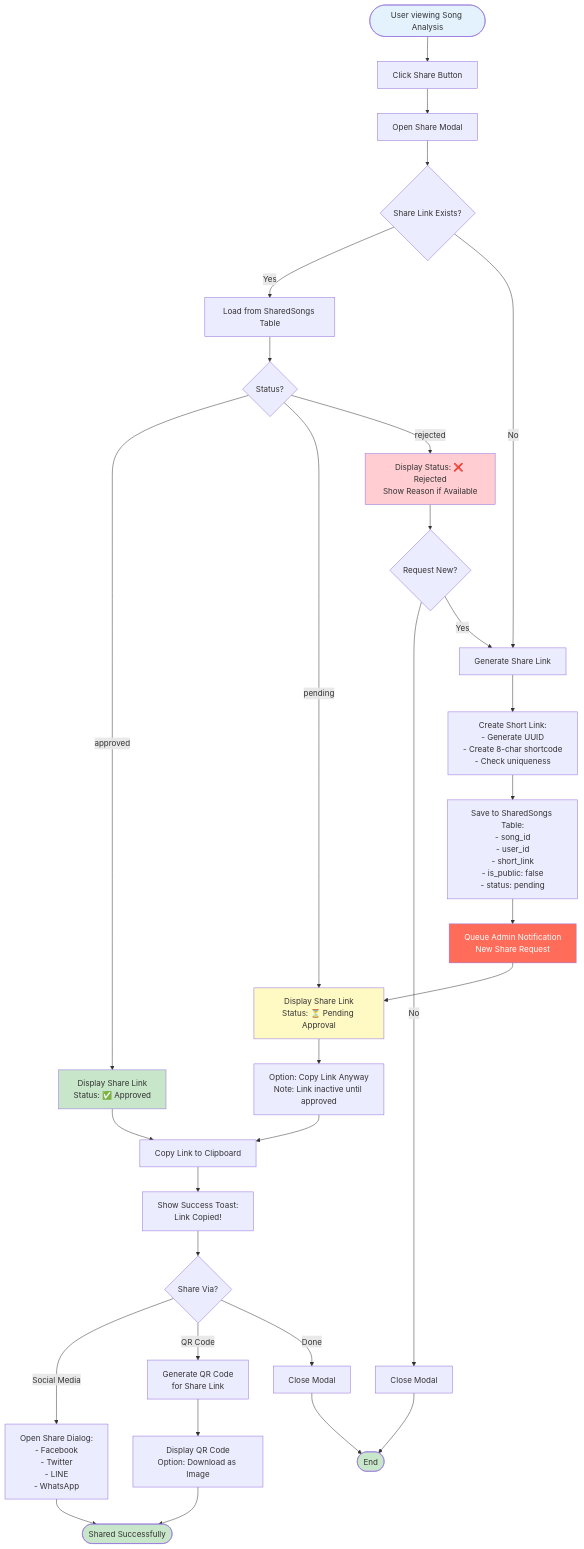
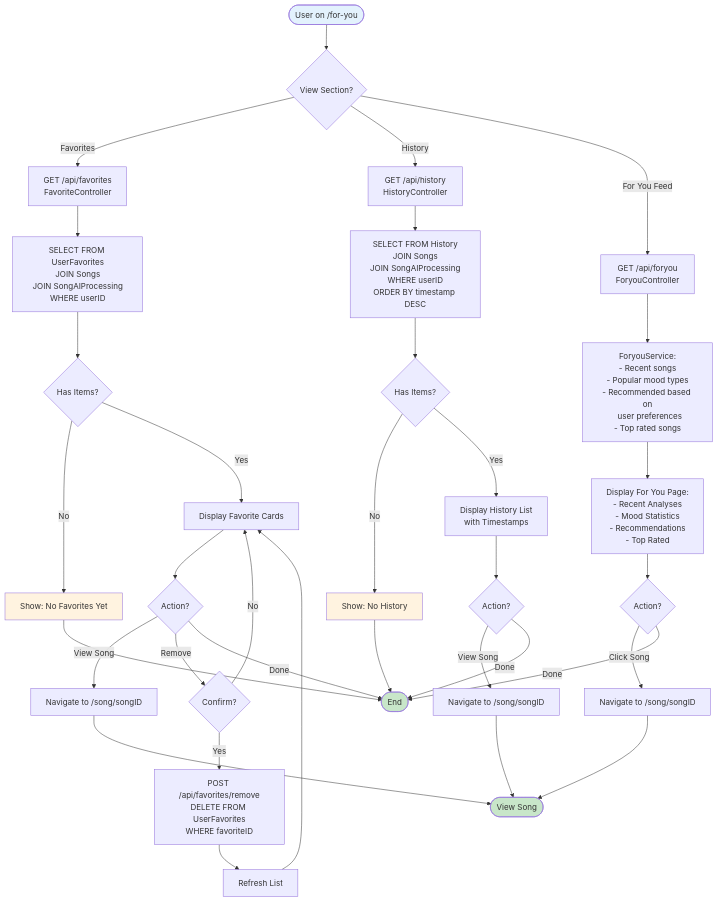
The fourth of 6 diagrams in diagrams/activity-diagram-user.md (tikpoptv/MUSE-MUSIC), drawn with Mermaid before and after one commit. The commit also changed other lines of this file and 1 other file, not shown here.

First line of the commit message:
Revise admin activity diagrams for code accuracy

````diff
--- a/diagrams/activity-diagram-user.md
+++ b/diagrams/activity-diagram-user.md
@@ -265,51 +235,55 @@
 ```mermaid
 flowchart TD
-    Start([User viewing Song Analysis]) --> ClickShare[Click Share Button]
-    ClickShare --> OpenModal[Open Share Modal]
-    OpenModal --> CheckExisting{Share Link Exists?}
+    Start([User on /for-you]) --> ViewSection{View Section?}
     
-    CheckExisting -->|Yes| LoadExisting[Load from SharedSongs Table]
-    LoadExisting --> CheckStatus{Status?}
+    %% Favorites
+    ViewSection -->|Favorites| LoadFav[GET /api/favorites<br/>FavoriteController]
+    LoadFav --> QueryFav[SELECT FROM UserFavorites<br/>JOIN Songs<br/>JOIN SongAIProcessing<br/>WHERE userID]
+    QueryFav --> CheckEmpty{Has Items?}
+    CheckEmpty -->|No| ShowEmpty[Show: No Favorites Yet]
+    ShowEmpty --> End1([End])
+    CheckEmpty -->|Yes| DisplayFav[Display Favorite Cards]
+    DisplayFav --> FavAction{Action?}
     
-    CheckStatus -->|approved| DisplayApproved[Display Share Link<br/>Status: ✅ Approved]
-    DisplayApproved --> CopyLink
+    FavAction -->|View Song| NavSong[Navigate to /song/songID]
+    NavSong --> End2([View Song])
     
-    CheckStatus -->|pending| DisplayPending[Display Share Link<br/>Status: ⏳ Pending Approval]
-    DisplayPending --> WaitOption[Option: Copy Link Anyway<br/>Note: Link inactive until approved]
-    WaitOption --> CopyLink
+    FavAction -->|Remove| ConfirmRemove{Confirm?}
+    ConfirmRemove -->|No| DisplayFav
+    ConfirmRemove -->|Yes| RemoveFav[POST /api/favorites/remove<br/>DELETE FROM UserFavorites<br/>WHERE favoriteID]
+    RemoveFav --> RefreshFav[Refresh List]
+    RefreshFav --> DisplayFav
     
-    CheckStatus -->|rejected| DisplayRejected[Display Status: ❌ Rejected<br/>Show Reason if Available]
-    DisplayRejected --> RequestNew{Request New?}
-    RequestNew -->|No| CloseModal1[Close Modal]
-    CloseModal1 --> End1([End])
-    RequestNew -->|Yes| GenerateNew
+    FavAction -->|Done| End1
     
-    CheckExisting -->|No| GenerateNew[Generate Share Link]
-    GenerateNew --> CreateShort[Create Short Link:<br/>- Generate UUID<br/>- Create 8-char shortcode<br/>- Check uniqueness]
-    CreateShort --> SaveShare[Save to SharedSongs Table:<br/>- song_id<br/>- user_id<br/>- short_link<br/>- is_public: false<br/>- status: pending]
-    SaveShare --> NotifyAdmin[Queue Admin Notification<br/>New Share Request]
-    NotifyAdmin --> DisplayPending
+    %% History
+    ViewSection -->|History| LoadHistory[GET /api/history<br/>HistoryController]
+    LoadHistory --> QueryHistory[SELECT FROM History<br/>JOIN Songs<br/>JOIN SongAIProcessing<br/>WHERE userID<br/>ORDER BY timestamp DESC]
+    QueryHistory --> CheckHistEmpty{Has Items?}
+    CheckHistEmpty -->|No| ShowEmptyHist[Show: No History]
+    ShowEmptyHist --> End1
+    CheckHistEmpty -->|Yes| DisplayHistory[Display History List<br/>with Timestamps]
+    DisplayHistory --> HistAction{Action?}
     
-    %% Copy Link Actions
-    CopyLink[Copy Link to Clipboard]
-    CopyLink --> ShowToast[Show Success Toast:<br/>Link Copied!]
-    ShowToast --> ShareOptions{Share Via?}
+    HistAction -->|View Song| NavSong2[Navigate to /song/songID]
+    NavSong2 --> End2
     
-    ShareOptions -->|Social Media| OpenSocial[Open Share Dialog:<br/>- Facebook<br/>- Twitter<br/>- LINE<br/>- WhatsApp]
-    OpenSocial --> End2([Shared Successfully])
+    HistAction -->|Done| End1
     
-    ShareOptions -->|QR Code| GenerateQR[Generate QR Code<br/>for Share Link]
-    GenerateQR --> DisplayQR[Display QR Code<br/>Option: Download as Image]
-    DisplayQR --> End2
+    %% For You Feed
+    ViewSection -->|For You Feed| LoadFeed[GET /api/foryou<br/>ForyouController]
+    LoadFeed --> QueryFeed[ForyouService:<br/>- Recent songs<br/>- Popular mood types<br/>- Recommended based on<br/>  user preferences<br/>- Top rated songs]
+    QueryFeed --> DisplayFeed[Display For You Page:<br/>- Recent Analyses<br/>- Mood Statistics<br/>- Recommendations<br/>- Top Rated]
+    DisplayFeed --> FeedAction{Action?}
     
-    ShareOptions -->|Done| CloseModal2[Close Modal]
-    CloseModal2 --> End1
+    FeedAction -->|Click Song| NavSong3[Navigate to /song/songID]
+    NavSong3 --> End2
+    
+    FeedAction -->|Done| End1
     
     style Start fill:#e3f2fd
     style End1 fill:#c8e6c9
     style End2 fill:#c8e6c9
-    style DisplayApproved fill:#c8e6c9
-    style DisplayPending fill:#fff9c4
-    style DisplayRejected fill:#ffcdd2
-    style NotifyAdmin fill:#ff6d5a,color:#fff
+    style ShowEmpty fill:#fff3e0
+    style ShowEmptyHist fill:#fff3e0
 ```
````
